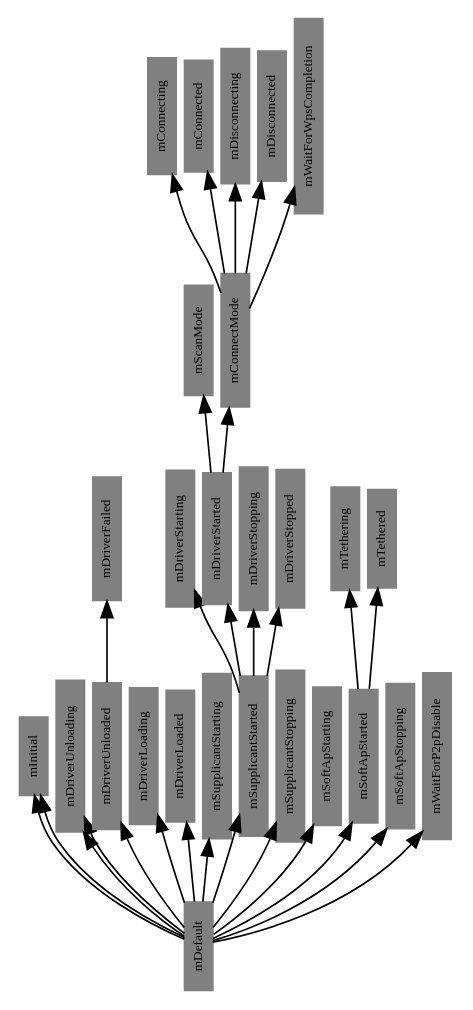
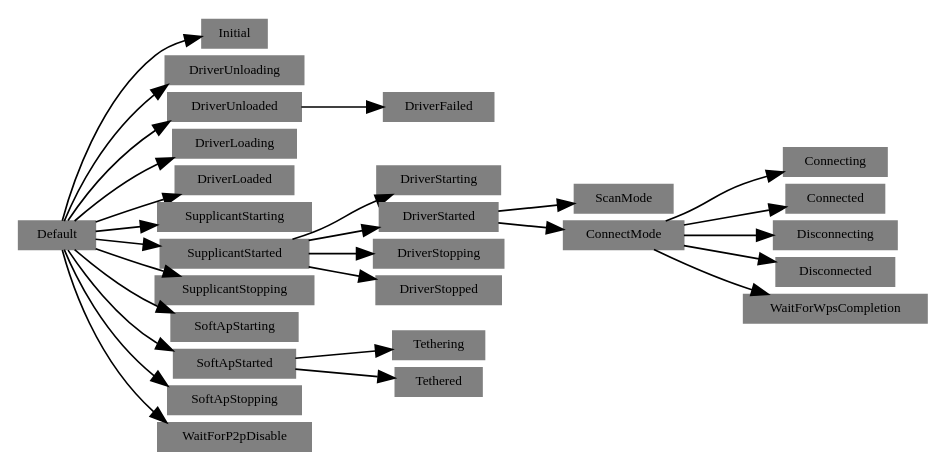
Before and after one commit to greatgauss/graphviz_script: the diagram in WifiStateMachine.dot, drawn with Graphviz.

Commit message:
Change WifiStateMachine

```diff
--- a/WifiStateMachine.dot
+++ b/WifiStateMachine.dot
@@ -1,38 +1,37 @@
 digraph WSM {
   size="16,6";
-    nodesep=0.05;
-    rankdir = LR;
-    rotate = 90;
-    edge[len=2];
-    node[style=filled, shape=record, fontsize=8];
-    node[height=0.20, width=0.20, color=gray];
+  fontname = "Microsoft YaHei";
+  nodesep=0.05;
+  rankdir = LR;
+  /*rotate = 90;*/
+  edge[len=2];
+  node[style=filled, shape=record, fontsize=8];
+  node[height=0.20, width=0.20, color=gray];
 
-"mDefault" -> "mInitial";
- "mDefault" -> "mDriverUnloading";
-"mDefault" -> "mInitial";
-"mDefault" -> "mDriverUnloading";
-"mDefault" -> "mDriverUnloaded";
-"mDriverUnloaded" -> "mDriverFailed";
-"mDefault" -> "mDriverLoading";
-"mDefault" -> "mDriverLoaded";
-"mDefault" -> "mSupplicantStarting";
-"mDefault" -> "mSupplicantStarted";
-"mSupplicantStarted" -> "mDriverStarting";
-"mSupplicantStarted" -> "mDriverStarted";
-"mDriverStarted" -> "mScanMode";
-"mDriverStarted" -> "mConnectMode";
-"mConnectMode" -> "mConnecting";
-"mConnectMode" -> "mConnected";
-"mConnectMode" -> "mDisconnecting";
-"mConnectMode" -> "mDisconnected";
-"mConnectMode" -> "mWaitForWpsCompletion";
-"mSupplicantStarted" -> "mDriverStopping";
-"mSupplicantStarted" -> "mDriverStopped";
-"mDefault" -> "mSupplicantStopping";
-"mDefault" -> "mSoftApStarting";
-"mDefault" -> "mSoftApStarted";
-"mSoftApStarted" -> "mTethering";
-"mSoftApStarted" -> "mTethered";
-"mDefault" -> "mSoftApStopping";
-"mDefault" -> "mWaitForP2pDisable";
+"Default" -> "Initial";
+"Default" -> "DriverUnloading";
+"Default" -> "DriverUnloaded";
+"DriverUnloaded" -> "DriverFailed";
+"Default" -> "DriverLoading";
+"Default" -> "DriverLoaded";
+"Default" -> "SupplicantStarting";
+"Default" -> "SupplicantStarted";
+"SupplicantStarted" -> "DriverStarting";
+"SupplicantStarted" -> "DriverStarted";
+"DriverStarted" -> "ScanMode";
+"DriverStarted" -> "ConnectMode";
+"ConnectMode" -> "Connecting";
+"ConnectMode" -> "Connected";
+"ConnectMode" -> "Disconnecting";
+"ConnectMode" -> "Disconnected";
+"ConnectMode" -> "WaitForWpsCompletion";
+"SupplicantStarted" -> "DriverStopping";
+"SupplicantStarted" -> "DriverStopped";
+"Default" -> "SupplicantStopping";
+"Default" -> "SoftApStarting";
+"Default" -> "SoftApStarted";
+"SoftApStarted" -> "Tethering";
+"SoftApStarted" -> "Tethered";
+"Default" -> "SoftApStopping";
+"Default" -> "WaitForP2pDisable";
 }
```
